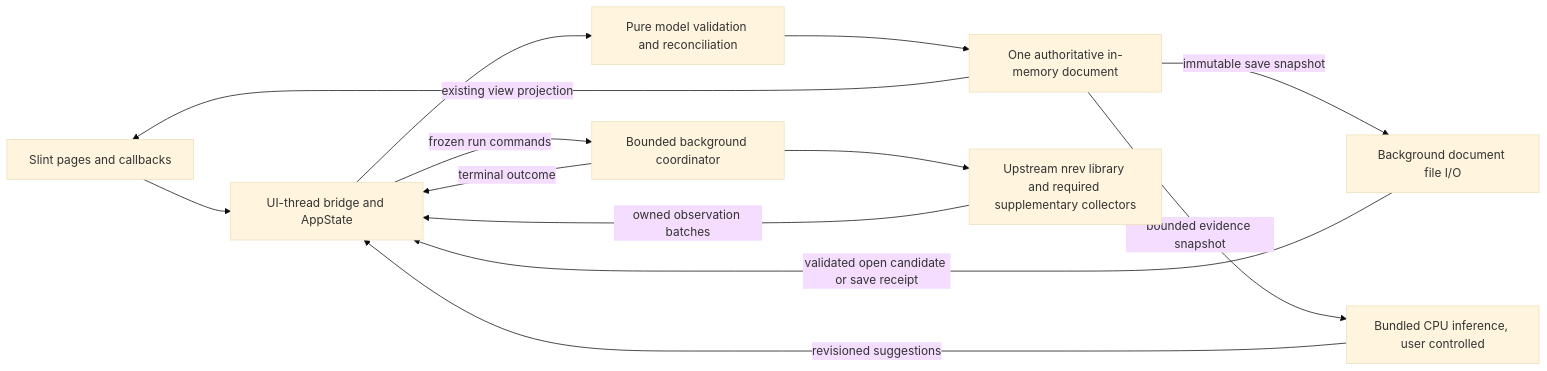
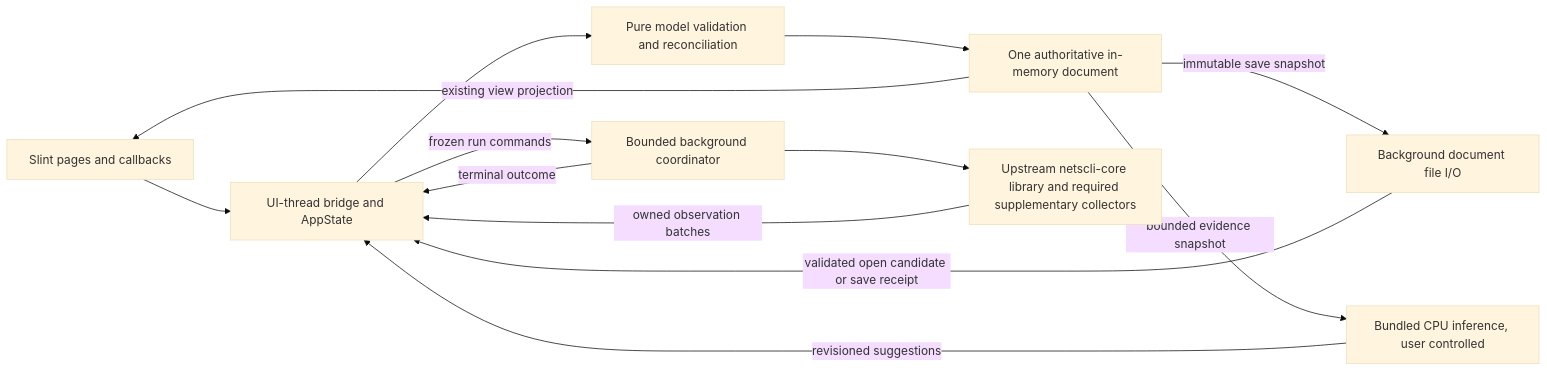
The diagram in docs/backend-architecture.md (macg4dave/Roller_Hopper), drawn with Mermaid (base theme) before and after one commit. The commit also changed other lines of this file and 32 other files, not shown here.

````diff
--- a/docs/backend-architecture.md
+++ b/docs/backend-architecture.md
@@ -21,15 +23,15 @@
 ```mermaid
 flowchart LR
     UI[Slint pages and callbacks] --> B[UI-thread bridge and AppState]
     B --> R[Pure model validation and reconciliation]
     R --> D[One authoritative in-memory document]
     D -->|existing view projection| UI
     B -->|frozen run commands| W[Bounded background coordinator]
-    W --> P[Upstream nrev library and required supplementary collectors]
+    W --> P[Upstream netscli-core library and required supplementary collectors]
     P -->|owned observation batches| B
     W -->|terminal outcome| B
     D -->|immutable save snapshot| S[Background document file I/O]
     S -->|validated open candidate or save receipt| B
     D -->|bounded evidence snapshot| A[Bundled CPU inference, user controlled]
     A -->|revisioned suggestions| B
 ```
````
